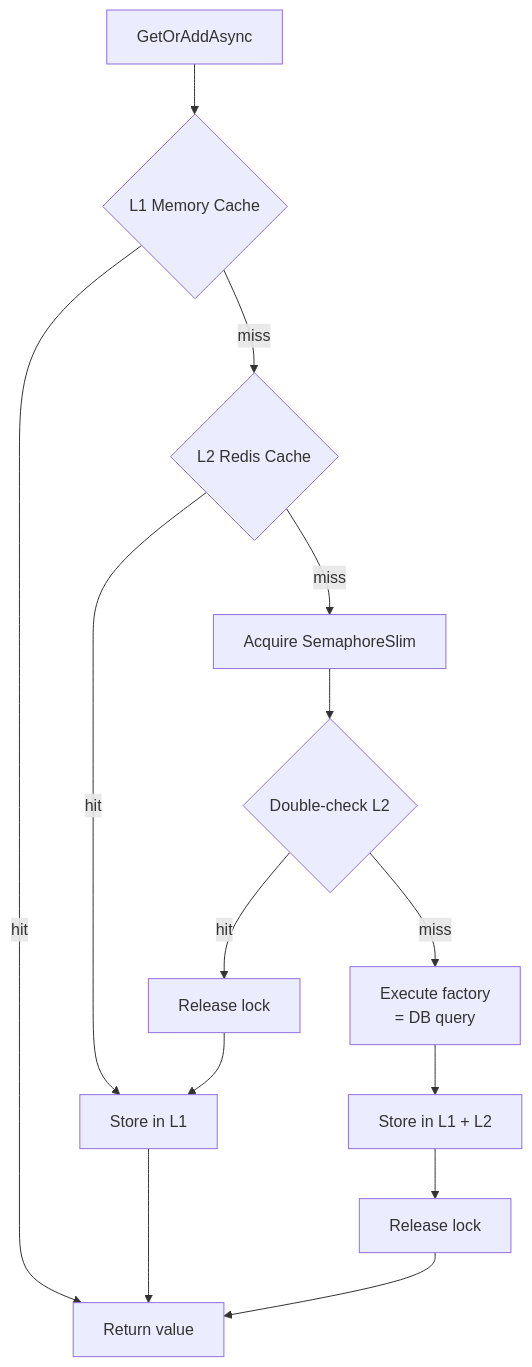
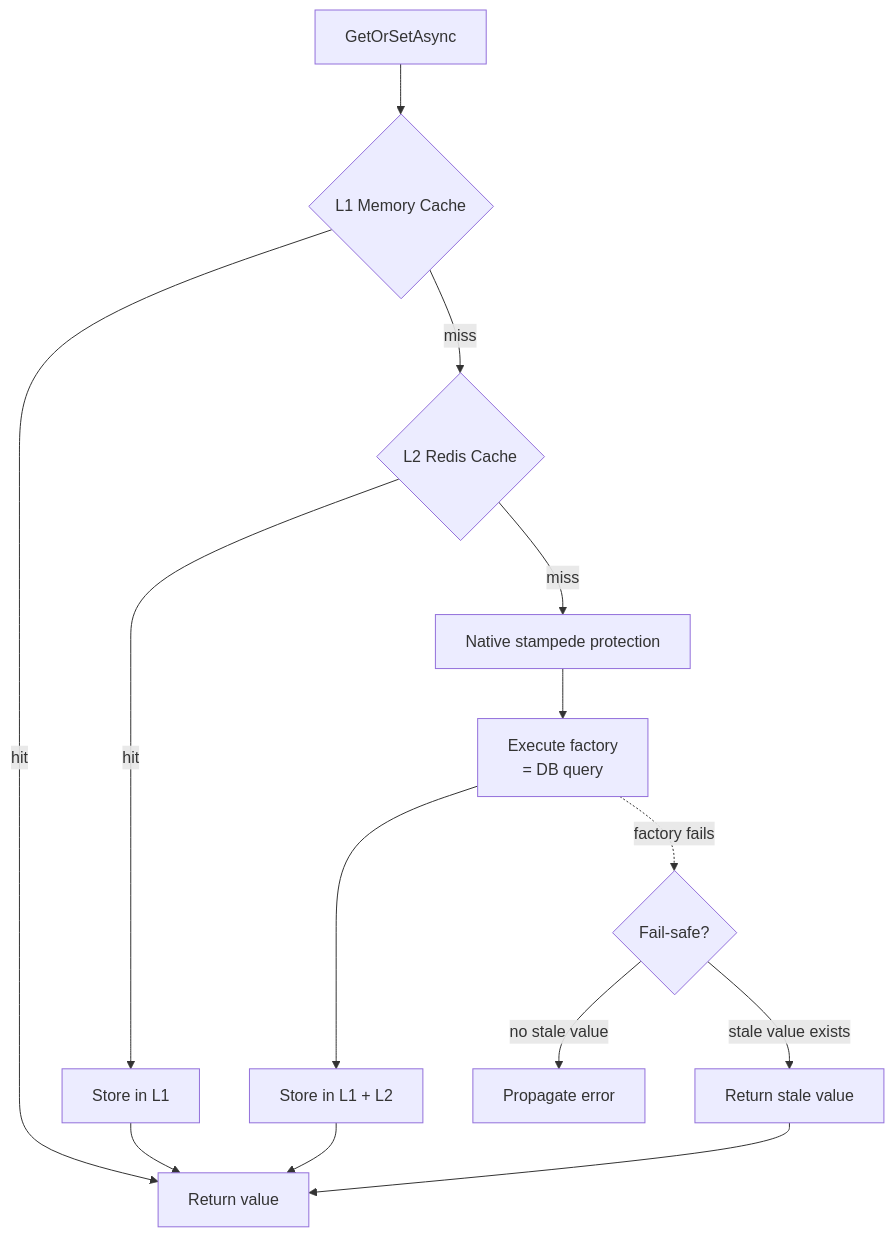
The diagram in docs-site/src/content/docs/dotnet/architecture/patterns/cache-aside.md (granit-fx/granit-dotnet), drawn with Mermaid before and after one commit. The commit also changed other lines of this file and 219 other files, not shown here.

````diff
--- a/docs-site/src/content/docs/dotnet/architecture/patterns/cache-aside.md
+++ b/docs-site/src/content/docs/dotnet/architecture/patterns/cache-aside.md
@@ -20,13 +21,14 @@
 ```mermaid
 flowchart TD
-    REQ[GetOrAddAsync] --> L1{L1 Memory Cache}
+    REQ[GetOrSetAsync] --> L1{L1 Memory Cache}
     L1 -->|hit| RET[Return value]
     L1 -->|miss| L2{L2 Redis Cache}
     L2 -->|hit| SET1[Store in L1] --> RET
-    L2 -->|miss| LOCK[Acquire SemaphoreSlim]
-    LOCK --> DC{Double-check L2}
-    DC -->|hit| REL1[Release lock] --> SET1
-    DC -->|miss| FAC[Execute factory<br/>= DB query]
+    L2 -->|miss| LOCK[Native stampede protection]
+    LOCK --> FAC[Execute factory<br/>= DB query]
     FAC --> SET2[Store in L1 + L2]
-    SET2 --> REL2[Release lock] --> RET
+    SET2 --> RET
+    FAC -.->|factory fails| FS{Fail-safe?}
+    FS -->|stale value exists| STALE[Return stale value] --> RET
+    FS -->|no stale value| ERR[Propagate error]
 ```
````
